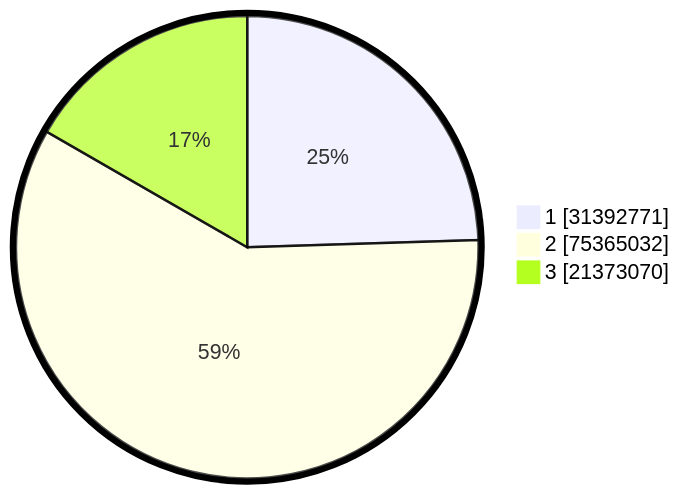
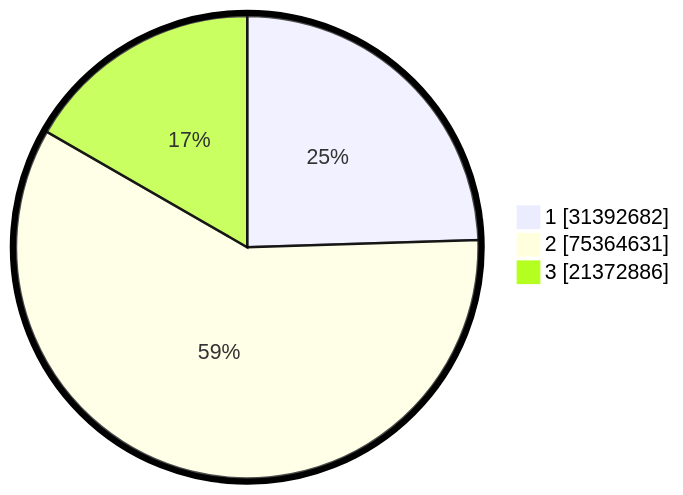
One commit to gigit-pemilu/pemilu-2024 changed the second of 2 diagrams in pilpres/hitung-suara/README.md. Above: the diagram before and after it, drawn with Mermaid. The commit also changed other lines of this file and 6 other files, not shown here.

````diff
--- a/pilpres/hitung-suara/README.md
+++ b/pilpres/hitung-suara/README.md
@@ -93,7 +93,7 @@
 ```mermaid
 %%{init: {"pie": {"textPosition": 0.5}, "themeVariables": {"pieOuterStrokeWidth": "5px"}} }%%
 pie showData
-    "1" : 31392771
-    "2" : 75365032
-    "3" : 21373070
+    "1" : 31392682
+    "2" : 75364631
+    "3" : 21372886
 ```
````
